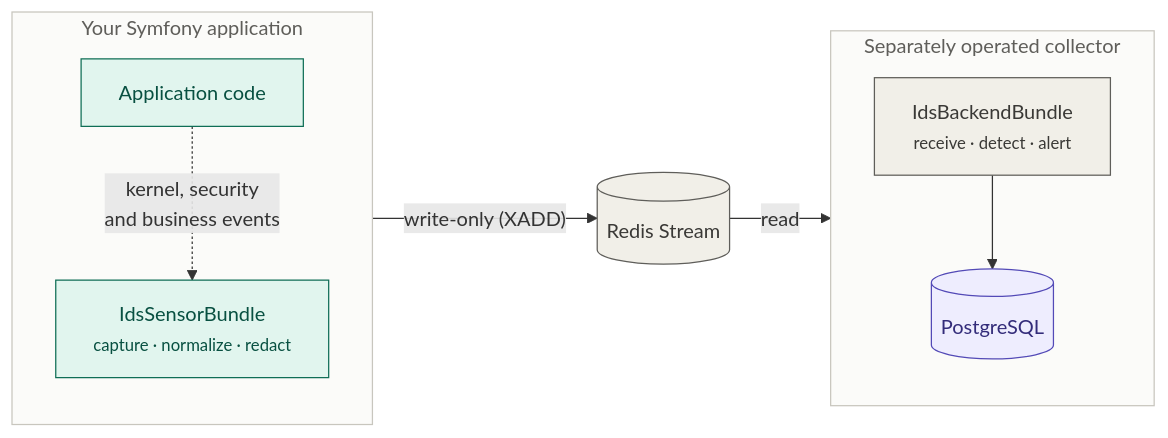
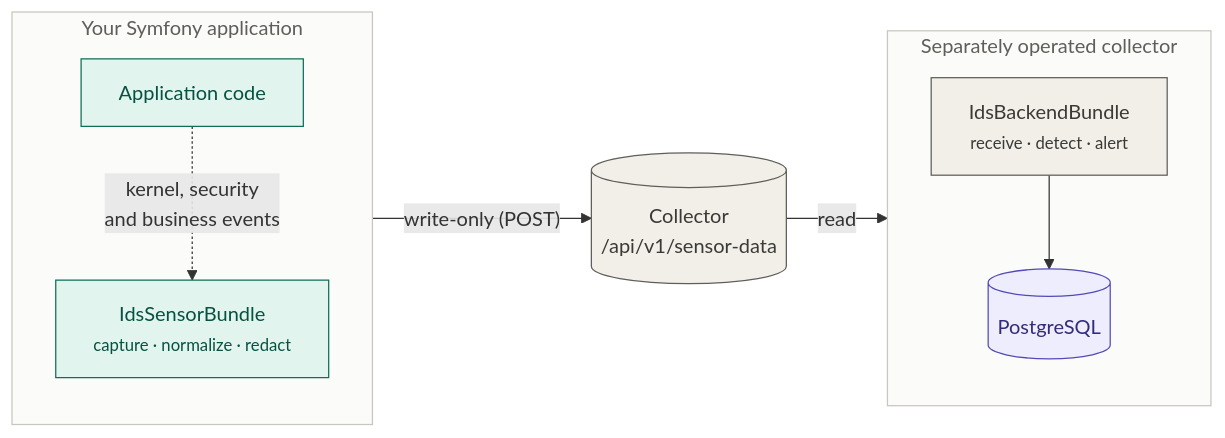
One commit to projektmotor/ids-sensor-bundle changed the diagram in README.md. Above: the diagram before and after it, drawn with Mermaid. The commit also changed other lines of this file and 97 other files, not shown here.

First line of the commit message:
Umstellung auf REST-Transport und schema_version 2

````diff
--- a/README.md
+++ b/README.md
@@ -12,30 +12,30 @@
 ```mermaid
 flowchart LR
     subgraph app["Your Symfony application"]
         direction TB
         code["Application code"]
         sensor["IdsSensorBundle<br/><small>capture · normalize · redact</small>"]
         code -.->|"kernel, security<br/>and business events"| sensor
     end
 
-    broker[("Redis Stream")]
+    broker[("Collector<br/>/api/v1/sensor-data")]
 
     subgraph collector["Separately operated collector"]
         direction TB
         consumer["IdsBackendBundle<br/><small>receive · detect · alert</small>"]
         db[("PostgreSQL")]
         consumer --> db
     end
 
-    sensor -->|"write-only (XADD)"| broker
+    sensor -->|"write-only (POST)"| broker
     broker -->|"read"| consumer
 
     classDef capture fill:#E1F5EE,stroke:#0F6E56,color:#085041
     classDef transport fill:#F1EFE8,stroke:#5F5E5A,color:#3A3936
     classDef data fill:#EEEDFE,stroke:#534AB7,color:#332C7A
     class code,sensor capture
     class broker,consumer transport
     class db data
     style app fill:#FBFBF9,stroke:#C8C6BE,color:#5F5E5A
     style collector fill:#FBFBF9,stroke:#C8C6BE,color:#5F5E5A
 ```
````
